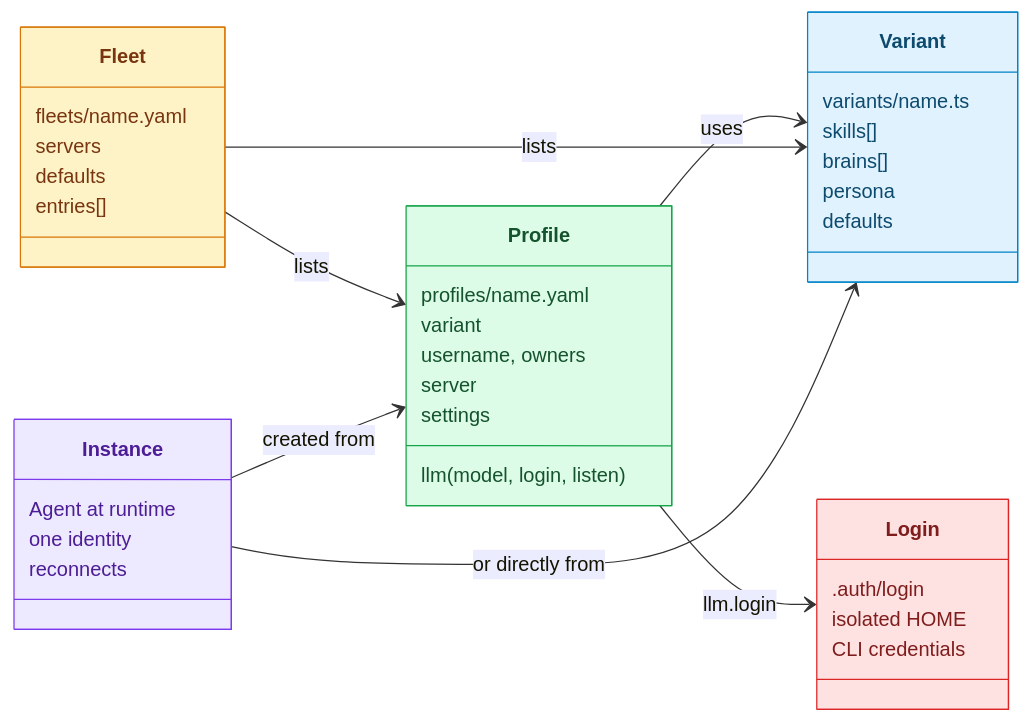
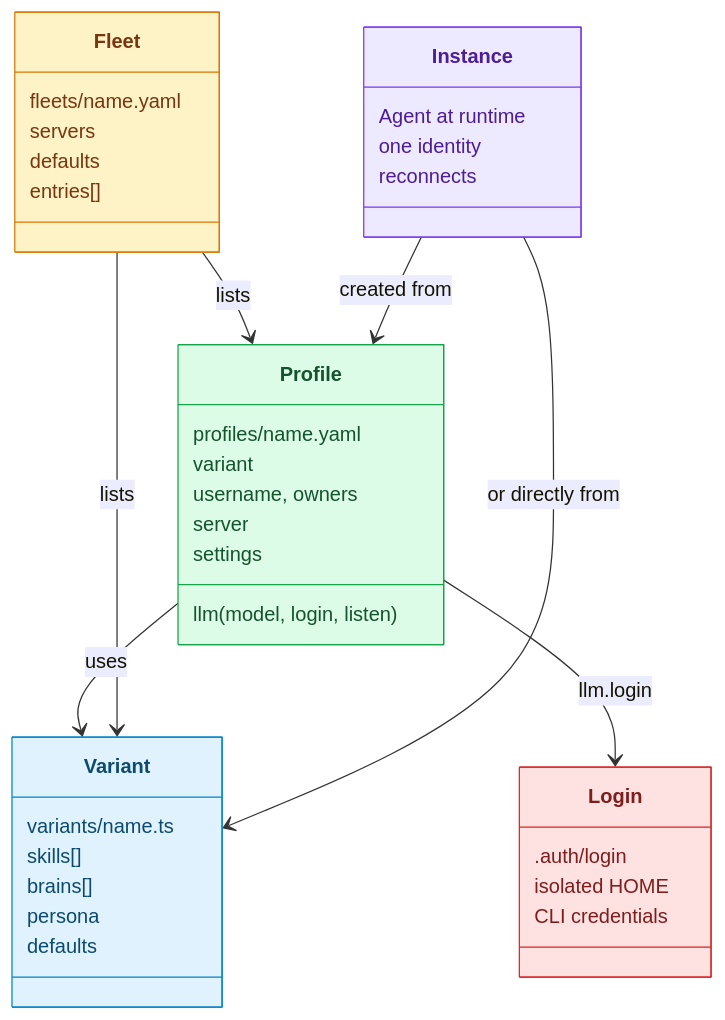
The first of 3 diagrams in docs/concepts/variants-profiles.md (thereisnotime/golemkit), drawn with Mermaid before and after one commit. The commit also changed other lines of this file and 20 other files, not shown here.

First line of the commit message:
Docs: replace the last ASCII diagrams with mermaid, make wide charts top-down to fit the column

````diff
--- a/docs/concepts/variants-profiles.md
+++ b/docs/concepts/variants-profiles.md
@@ -13,46 +13,46 @@
 ```mermaid
 classDiagram
-  direction LR
+  direction TB
   class Variant {
     variants/name.ts
     skills[]
     brains[]
     persona
     defaults
   }
   class Profile {
     profiles/name.yaml
     variant
     username, owners
     server
     llm (model, login, listen)
     settings
   }
   class Fleet {
     fleets/name.yaml
     servers
     defaults
     entries[]
   }
   class Instance {
     Agent at runtime
     one identity
     reconnects
   }
   class Login {
     .auth/login
     isolated HOME
     CLI credentials
   }
   Profile --> Variant : uses
   Fleet --> Profile : lists
   Fleet --> Variant : lists
   Instance --> Profile : created from
   Instance --> Variant : or directly from
   Profile --> Login : llm.login
   style Variant fill:#e0f2fe,stroke:#0284c7,color:#0c4a6e
   style Profile fill:#dcfce7,stroke:#16a34a,color:#14532d
   style Fleet fill:#fef3c7,stroke:#d97706,color:#78350f
   style Instance fill:#ede9fe,stroke:#7c3aed,color:#4c1d95
   style Login fill:#fee2e2,stroke:#dc2626,color:#7f1d1d
 ```
````
